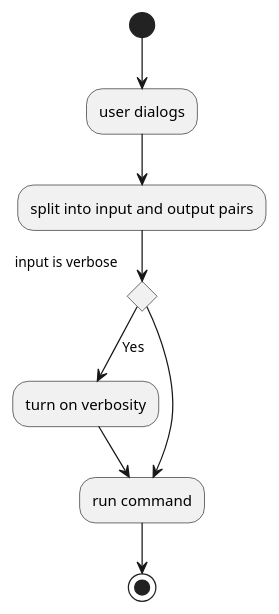
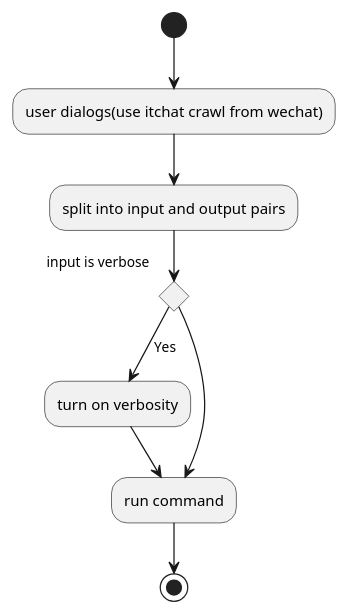
The diagram in doc/Activity_AnalysizeDialogs.puml (showkeyjar/ACat), drawn with PlantUML before and after one commit. The commit also changed 3 other files, not shown here.

```diff
--- a/doc/Activity_AnalysizeDialogs.puml
+++ b/doc/Activity_AnalysizeDialogs.puml
@@ -1,11 +1,11 @@
 @startuml
-(*)  --> "user dialogs"
+(*)  --> "user dialogs(use itchat crawl from wechat)"
 --> "split into input and output pairs"
 If "input is verbose" then
 --> [Yes] "turn on verbosity"
 --> "run command"
 else
 --> "run command"
 Endif
 -->(*)
 @enduml
```
